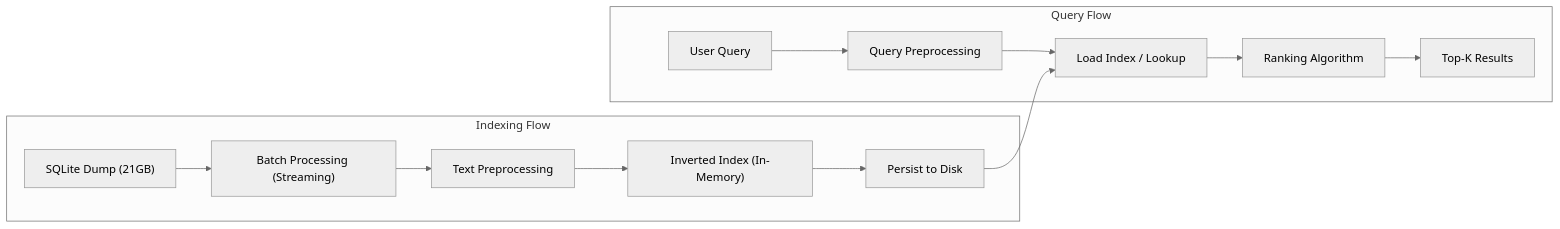
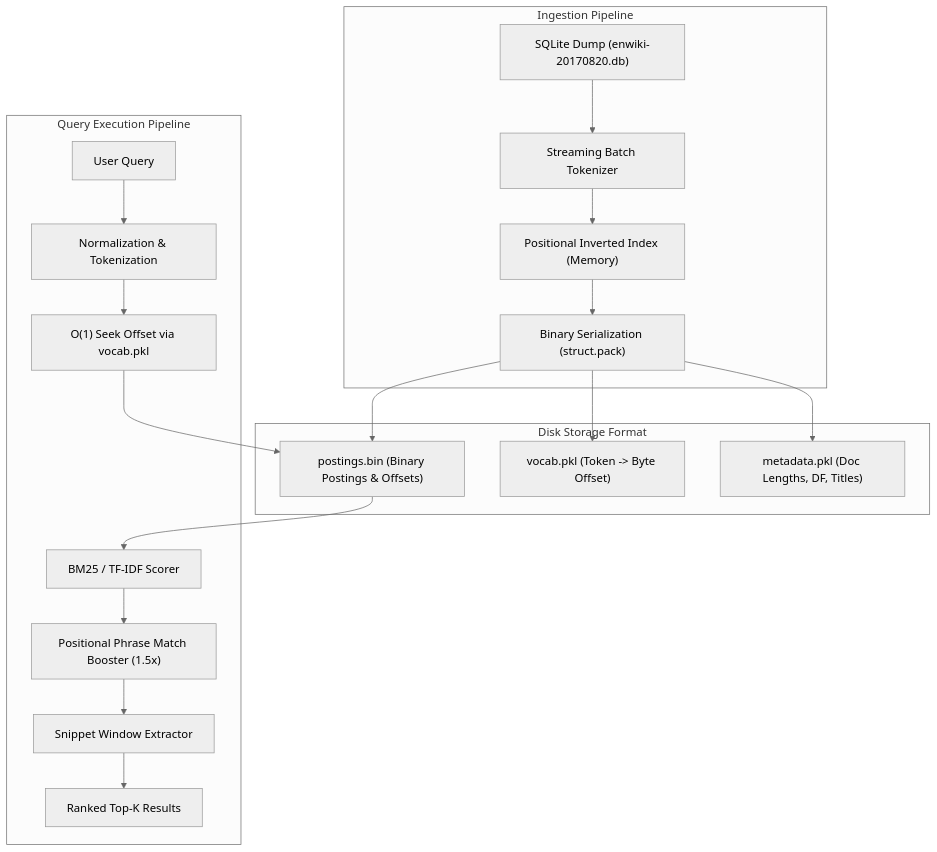
Before and after one commit to ssiddhesh64/Wikipedia-Search-Engine: the diagram in README.md, drawn with Mermaid (neutral theme). The commit also changed other lines of this file and 5 other files, not shown here.

Commit message:
feat: portfolio upgrade with BM25 ranking, web demo, seeder, tests, and architecture

````diff
--- a/README.md
+++ b/README.md
@@ -21,26 +31,24 @@
 ```mermaid
-flowchart LR
-
-    %% -------------------
-    %% Indexing Pipeline
-    %% -------------------
-    subgraph Indexing Flow
-        A["SQLite Dump (21GB)"] --> B["Batch Processing (Streaming)"]
-        B --> C["Text Preprocessing"]
-        C --> D["Inverted Index (In-Memory)"]
-        D --> E["Persist to Disk"]
+flowchart TD
+    subgraph Ingestion Pipeline
+        A["SQLite Dump (enwiki-20170820.db)"] --> B["Streaming Batch Tokenizer"]
+        B --> C["Positional Inverted Index (Memory)"]
+        C --> D["Binary Serialization (struct.pack)"]
     end
 
-    %% -------------------
-    %% Query Pipeline
-    %% -------------------
-    subgraph Query Flow
-        Q1["User Query"] --> Q2["Query Preprocessing"]
-        Q2 --> Q3["Load Index / Lookup"]
-        Q3 --> Q4["Ranking Algorithm"]
-        Q4 --> Q5["Top-K Results"]
+    subgraph Disk Storage Format
+        D --> P["postings.bin (Binary Postings & Offsets)"]
+        D --> V["vocab.pkl (Token -> Byte Offset)"]
+        D --> M["metadata.pkl (Doc Lengths, DF, Titles)"]
     end
 
-    %% Optional connection
-    E --> Q3
+    subgraph Query Execution Pipeline
+        Q["User Query"] --> N["Normalization & Tokenization"]
+        N --> L["O(1) Seek Offset via vocab.pkl"]
+        L --> P
+        P --> R["BM25 / TF-IDF Scorer"]
+        R --> PB["Positional Phrase Match Booster (1.5x)"]
+        PB --> S["Snippet Window Extractor"]
+        S --> Res["Ranked Top-K Results"]
+    end
 ```
````
